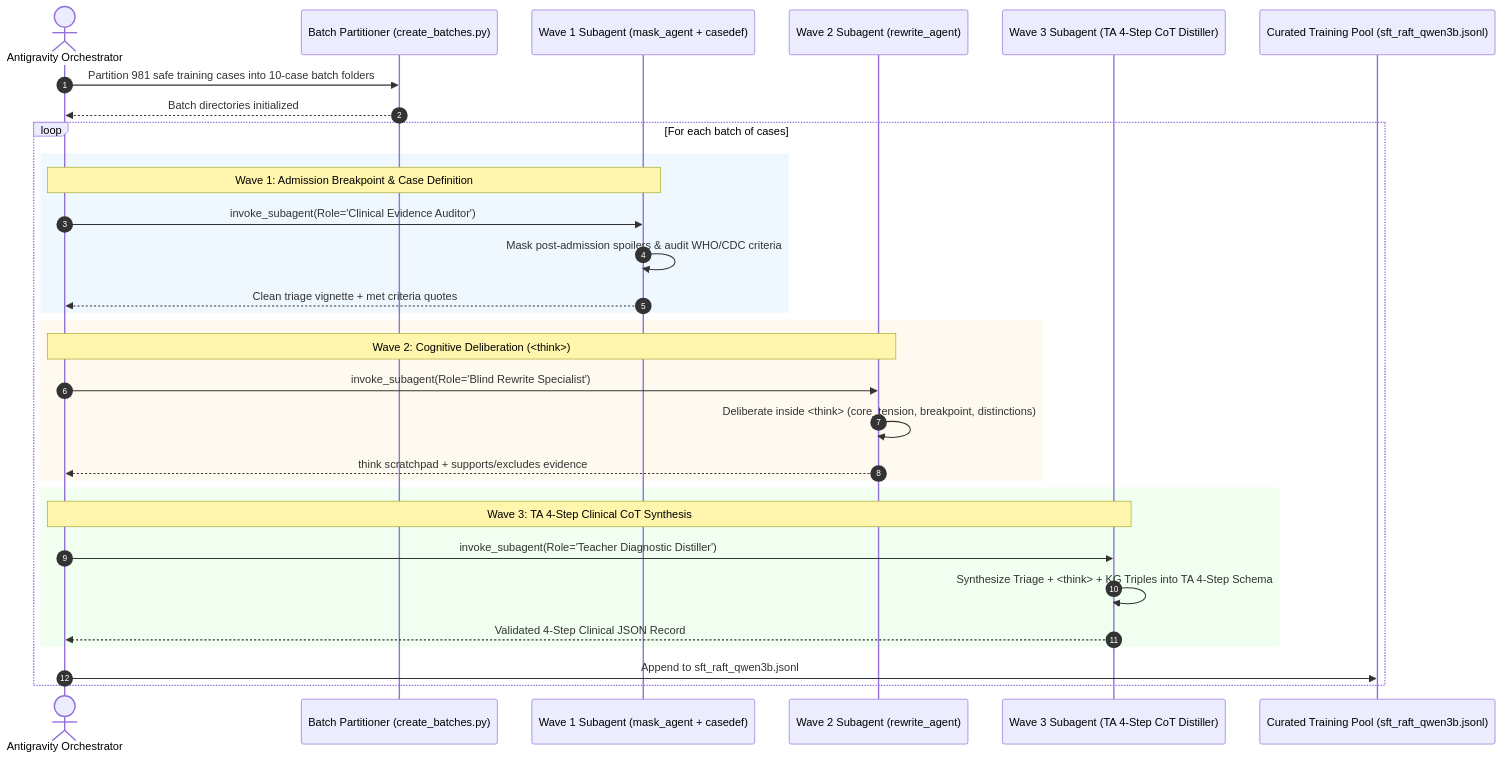
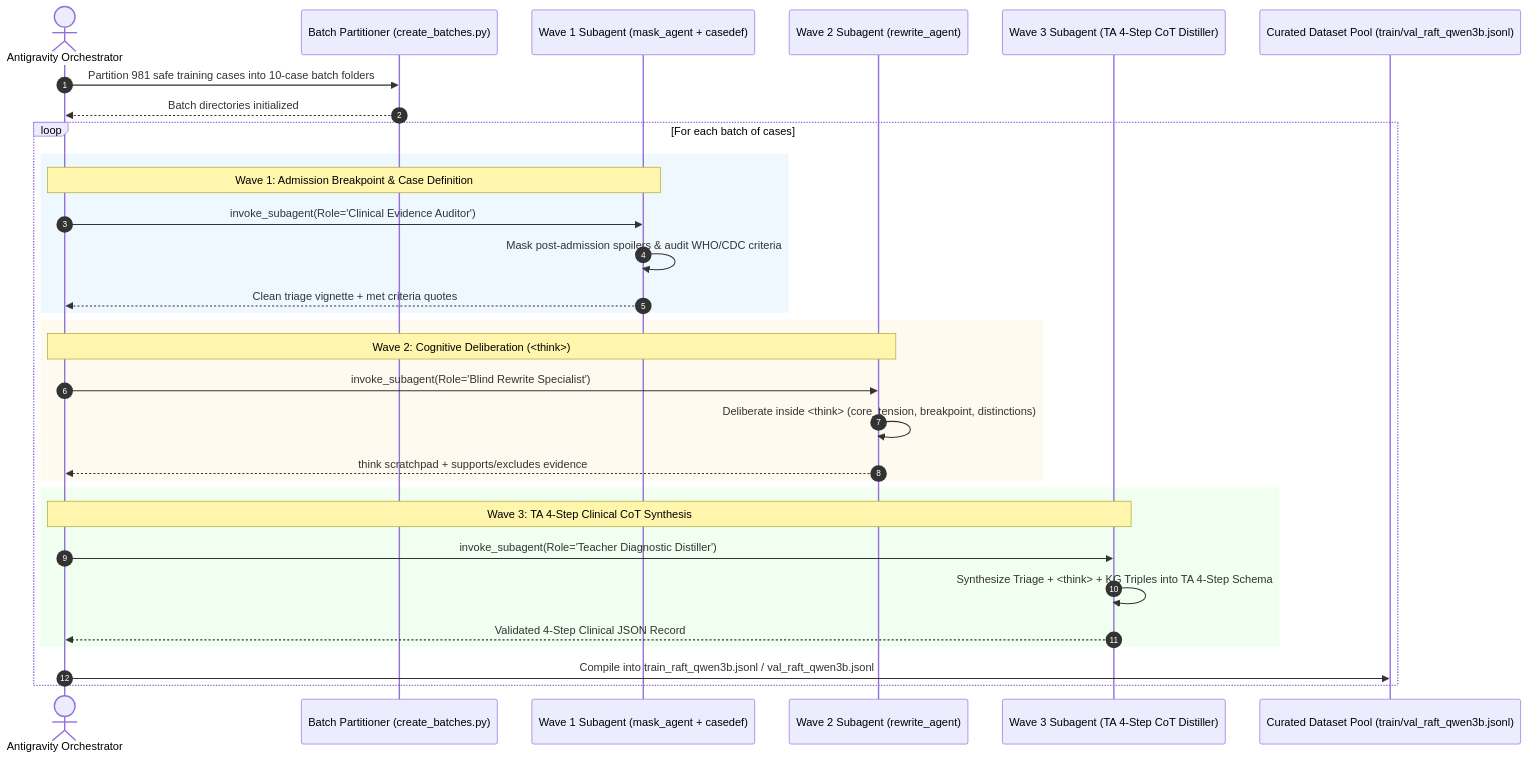
The third of 4 diagrams in docs/FINETUNING_PLAN.md (KhoaLeQuangMinh/Small-Multimodal-Models-for-Clinical-Diagnosis), drawn with Mermaid before and after one commit.

Commit message:
docs(finetune): eliminate obsolete sft_raft_qwen3b in sequence diagram in favor of train/val split

````diff
--- a/docs/FINETUNING_PLAN.md
+++ b/docs/FINETUNING_PLAN.md
@@ -230,38 +230,38 @@
 ```mermaid
 sequenceDiagram
     autonumber
     actor Orchestrator as Antigravity Orchestrator
     participant Batch as Batch Partitioner (create_batches.py)
     participant W1 as Wave 1 Subagent (mask_agent + casedef)
     participant W2 as Wave 2 Subagent (rewrite_agent)
     participant W3 as Wave 3 Subagent (TA 4-Step CoT Distiller)
-    participant DB as Curated Training Pool (sft_raft_qwen3b.jsonl)
+    participant DB as Curated Dataset Pool (train/val_raft_qwen3b.jsonl)
 
     Orchestrator->>Batch: Partition 981 safe training cases into 10-case batch folders
     Batch-->>Orchestrator: Batch directories initialized
 
     loop For each batch of cases
         rect rgb(240, 248, 255)
             Note over Orchestrator,W1: Wave 1: Admission Breakpoint & Case Definition
             Orchestrator->>W1: invoke_subagent(Role='Clinical Evidence Auditor')
             W1->>W1: Mask post-admission spoilers & audit WHO/CDC criteria
             W1-->>Orchestrator: Clean triage vignette + met criteria quotes
         end
 
         rect rgb(255, 250, 240)
             Note over Orchestrator,W2: Wave 2: Cognitive Deliberation (<think>)
             Orchestrator->>W2: invoke_subagent(Role='Blind Rewrite Specialist')
             W2->>W2: Deliberate inside <think> (core_tension, breakpoint, distinctions)
             W2-->>Orchestrator: think scratchpad + supports/excludes evidence
         end
 
         rect rgb(240, 255, 240)
             Note over Orchestrator,W3: Wave 3: TA 4-Step Clinical CoT Synthesis
             Orchestrator->>W3: invoke_subagent(Role='Teacher Diagnostic Distiller')
             W3->>W3: Synthesize Triage + <think> + KG Triples into TA 4-Step Schema
             W3-->>Orchestrator: Validated 4-Step Clinical JSON Record
         end
 
-        Orchestrator->>DB: Append to sft_raft_qwen3b.jsonl
+        Orchestrator->>DB: Compile into train_raft_qwen3b.jsonl / val_raft_qwen3b.jsonl
     end
 ```
````
